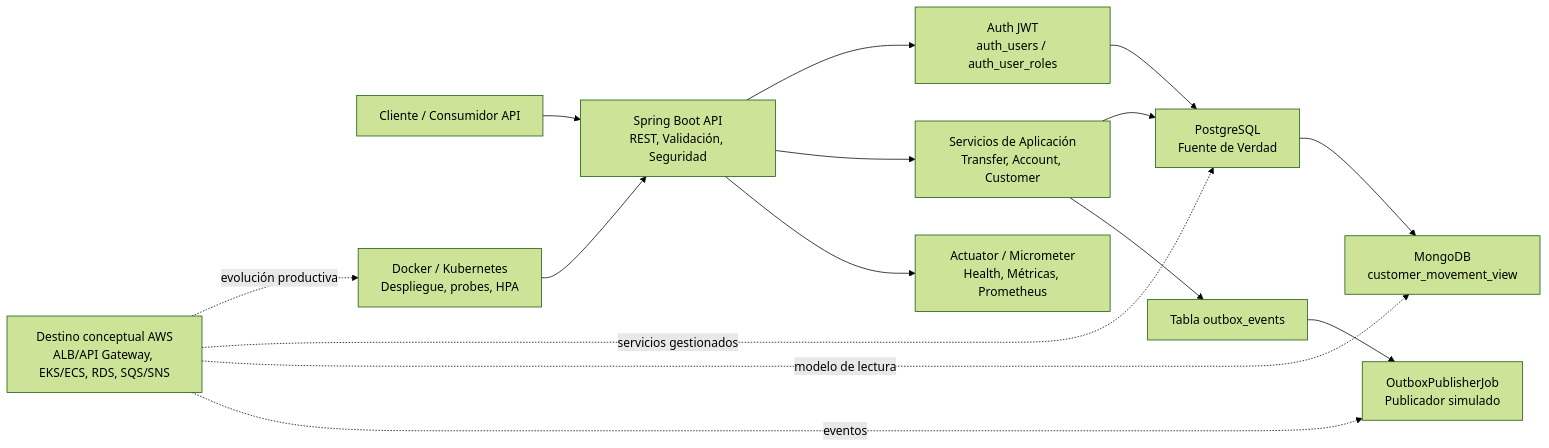
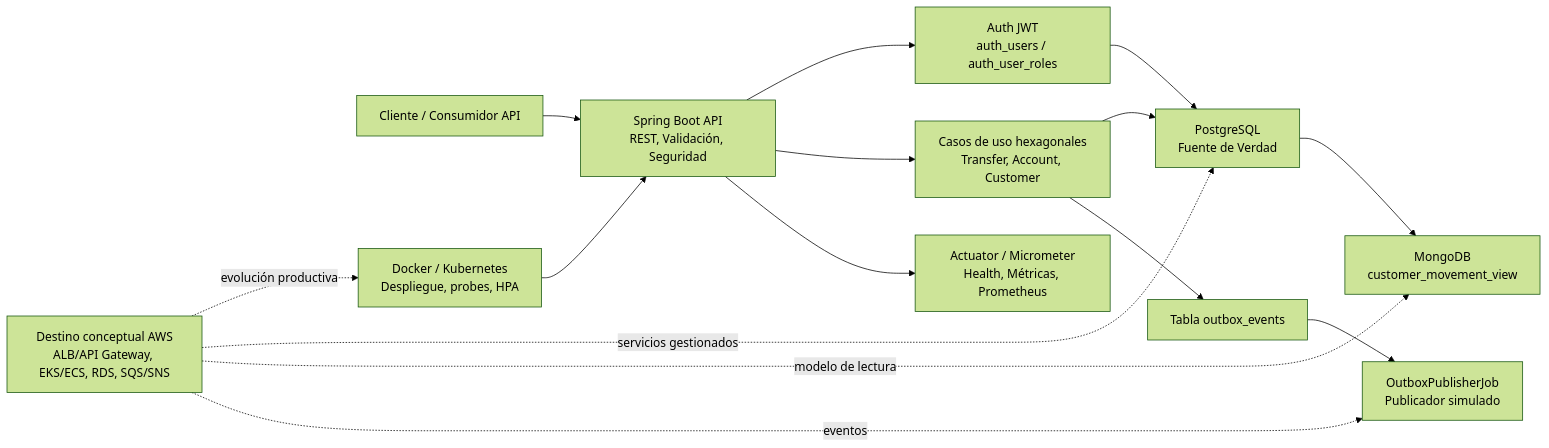
Before and after one commit to imfreco/bank-core-evolution-lab: the first of 4 diagrams in docs/architecture.md, drawn with Mermaid (forest theme). The commit also changed other lines of this file and 108 other files, not shown here.

````diff
--- a/docs/architecture.md
+++ b/docs/architecture.md
@@ -7,29 +50,29 @@
 ```mermaid
 flowchart LR
     Consumer["Cliente / Consumidor API"]
     API["Spring Boot API<br/>REST, Validación, Seguridad"]
     Auth["Auth JWT<br/>auth_users / auth_user_roles"]
-    Transfer["Servicios de Aplicación<br/>Transfer, Account, Customer"]
+    Transfer["Casos de uso hexagonales<br/>Transfer, Account, Customer"]
     PostgreSQL["PostgreSQL<br/>Fuente de Verdad"]
     Outbox["Tabla outbox_events"]
     Publisher["OutboxPublisherJob<br/>Publicador simulado"]
     Mongo["MongoDB<br/>customer_movement_view"]
     Metrics["Actuator / Micrometer<br/>Health, Métricas, Prometheus"]
     Runtime["Docker / Kubernetes<br/>Despliegue, probes, HPA"]
     AWS["Destino conceptual AWS<br/>ALB/API Gateway, EKS/ECS, RDS, SQS/SNS"]
 
     Consumer --> API
     API --> Auth
     API --> Transfer
     Auth --> PostgreSQL
     Transfer --> PostgreSQL
     Transfer --> Outbox
     Outbox --> Publisher
     PostgreSQL --> Mongo
     API --> Metrics
     Runtime --> API
     AWS -. evolución productiva .-> Runtime
     AWS -. servicios gestionados .-> PostgreSQL
     AWS -. modelo de lectura .-> Mongo
     AWS -. eventos .-> Publisher
 ```
````
